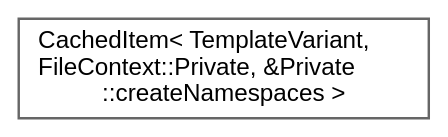
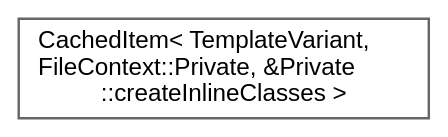
One commit to skyrich62/doxygen changed the diagram in inherit_graph_143.dot. Above: the diagram before and after it, drawn with Graphviz. The commit also changed 11221 other files, not shown here.

```diff
--- a/inherit_graph_143.dot
+++ b/inherit_graph_143.dot
@@ -1,10 +1,10 @@
 digraph "Graphical Class Hierarchy"
 {
  // INTERACTIVE_SVG=YES
  // LATEX_PDF_SIZE
   bgcolor="transparent";
   edge [fontname=Helvetica,fontsize=10,labelfontname=Helvetica,labelfontsize=10];
   node [fontname=Helvetica,fontsize=10,shape=box,height=0.2,width=0.4];
   rankdir="LR";
-  Node0 [label="CachedItem\< TemplateVariant,\l FileContext::Private, &Private\l::createNamespaces \>",height=0.2,width=0.4,color="grey40", fillcolor="white", style="filled",URL="$d7/dc1/class_cached_item.html",tooltip=" "];
+  Node0 [label="CachedItem\< TemplateVariant,\l FileContext::Private, &Private\l::createInlineClasses \>",height=0.2,width=0.4,color="grey40", fillcolor="white", style="filled",URL="$d7/dc1/class_cached_item.html",tooltip=" "];
 }
```
